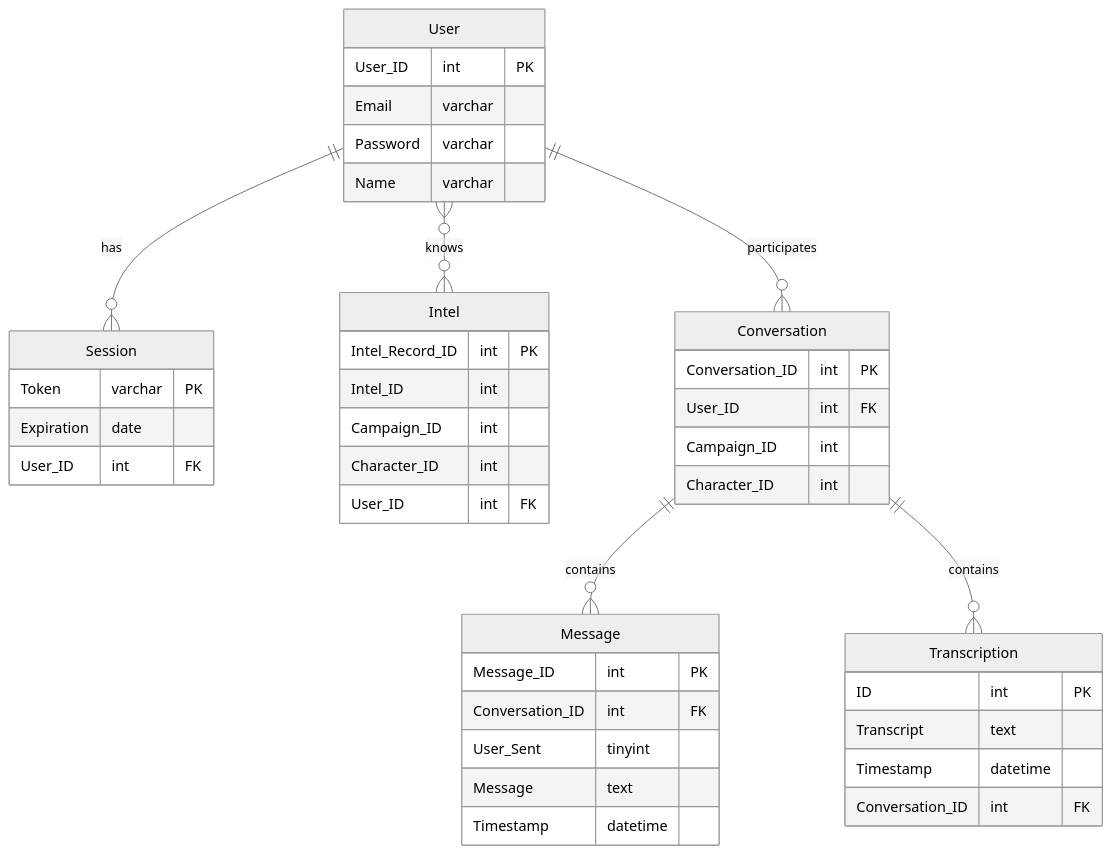
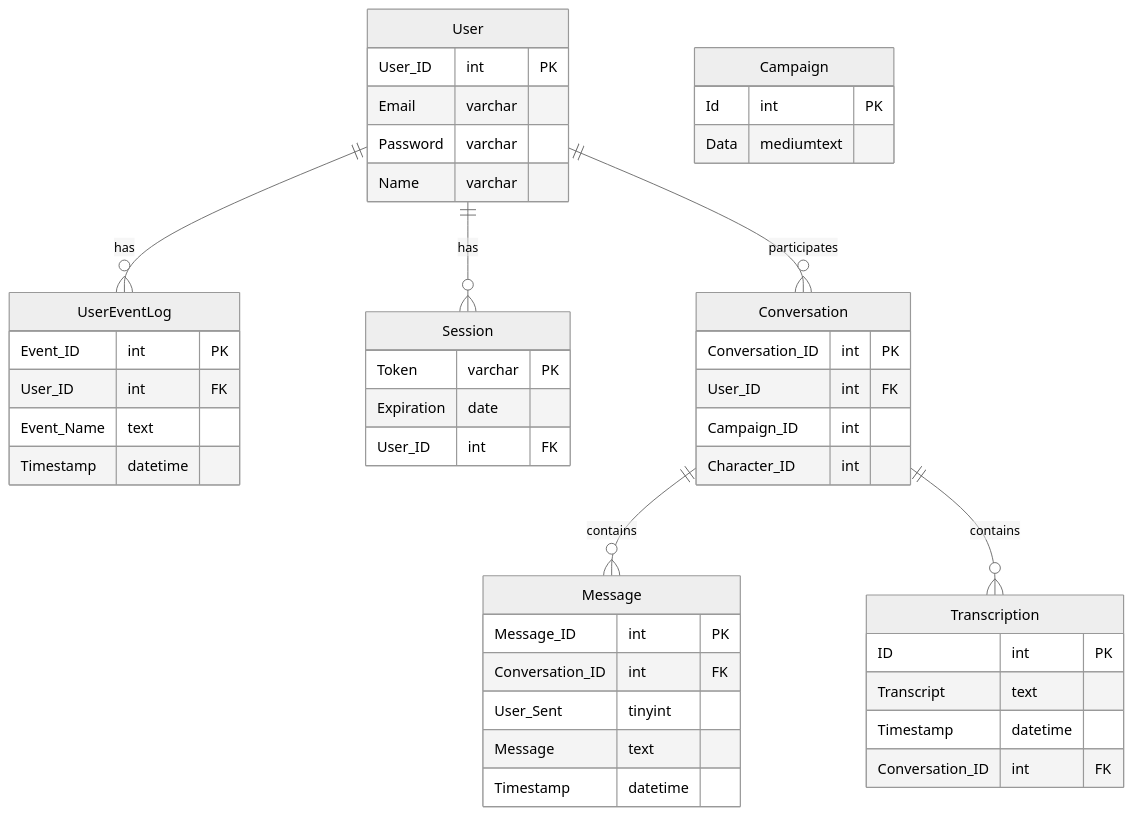
One commit to BYU-ECE-Software/BAIT changed the diagram in Docs/Final Design Package/ERD.md. Above: the diagram before and after it, drawn with Mermaid (neutral theme). The commit also changed 1 other file, not shown here.

Commit message:
updated ERD and improvements docs

````diff
--- a/Docs/Final Design Package/ERD.md
+++ b/Docs/Final Design Package/ERD.md
@@ -2,46 +2,50 @@
 ```mermaid
 erDiagram
     User {
         User_ID int PK
         Email varchar
         Password varchar
         Name varchar
     }
+    UserEventLog {
+        Event_ID int PK
+        User_ID int FK
+        Event_Name text
+        Timestamp datetime
+    }
     Session {
         Token varchar PK
         Expiration date
-        User_ID int FK
-    }
-    Intel {
-        Intel_Record_ID int PK
-        Intel_ID int
-        Campaign_ID int
-        Character_ID int
         User_ID int FK
     }
     Conversation {
         Conversation_ID int PK
         User_ID int FK
         Campaign_ID int
         Character_ID int
     }
     Message {
         Message_ID int PK
         Conversation_ID int FK
         User_Sent tinyint
         Message text
         Timestamp datetime
     }
     Transcription {
         ID int PK
         Transcript text
         Timestamp datetime
         Conversation_ID int FK
     }
+    Campaign {
+        Id int PK
+        Data mediumtext
+    }
 
     User ||--o{ Session : "has"
-    User }o--o{ Intel : "knows"
     User ||--o{ Conversation : "participates"
+    User ||--o{ UserEventLog : "has"
     Conversation ||--o{ Message : "contains"
     Conversation ||--o{ Transcription : "contains"
+
 ```
````
